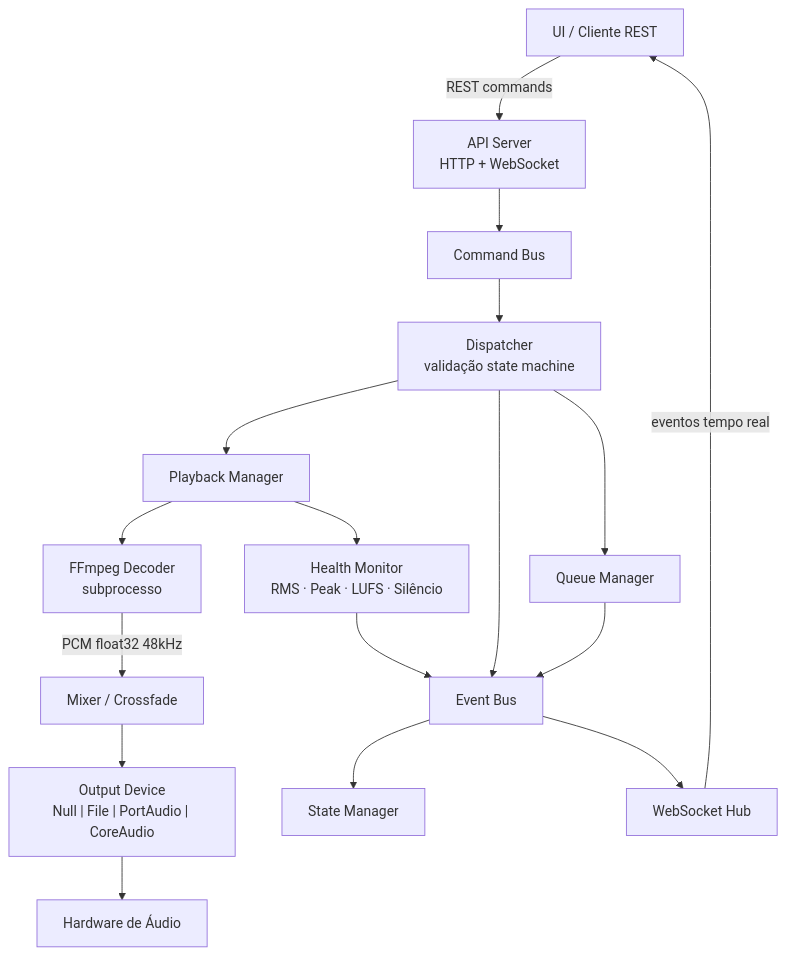
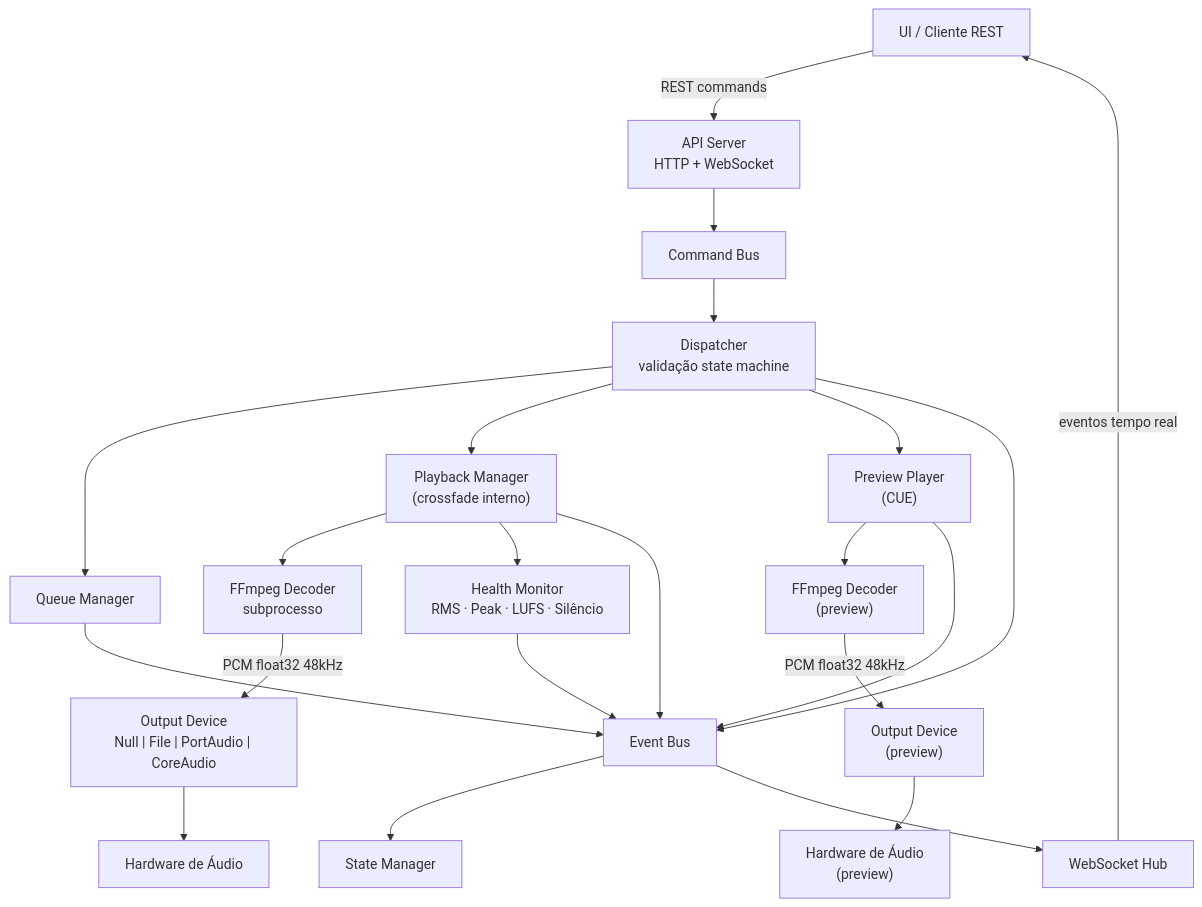
Before and after one commit to Waelson/radio-platform: the first of 2 diagrams in playout/README.md, drawn with Mermaid. The commit also changed other lines of this file, not shown here.

Commit message:
docs(playout): fix control flow diagrams
- Remove Mixer/Crossfade as separate node (crossfade is internal to PlaybackManager)
- Add PreviewPlayer (CUE) to both diagrams with its own Decoder and Output Device path
- Add missing PB → EB and PREV → EB edges
- Rename 'Áudio' subgraph to 'Áudio Principal' and add 'Áudio Preview' subgraph

````diff
--- a/playout/README.md
+++ b/playout/README.md
@@ -237,34 +237,42 @@
 ```mermaid
 graph TD
     UI["UI / Cliente REST"]
     API["API Server\nHTTP + WebSocket"]
     CB["Command Bus"]
     DISP["Dispatcher\nvalidação state machine"]
     QM["Queue Manager"]
-    PB["Playback Manager"]
+    PB["Playback Manager\n(crossfade interno)"]
     DEC["FFmpeg Decoder\nsubprocesso"]
-    MIX["Mixer / Crossfade"]
     OUT["Output Device\nNull | File | PortAudio | CoreAudio"]
     HW["Hardware de Áudio"]
+    PREV["Preview Player\n(CUE)"]
+    DEC2["FFmpeg Decoder\n(preview)"]
+    OUT2["Output Device\n(preview)"]
+    HW2["Hardware de Áudio\n(preview)"]
     HM["Health Monitor\nRMS · Peak · LUFS · Silêncio"]
     EB["Event Bus"]
     SM["State Manager"]
     WS["WebSocket Hub"]
 
     UI -->|"REST commands"| API
     API --> CB
     CB --> DISP
     DISP --> QM
     DISP --> PB
+    DISP --> PREV
     PB --> DEC
-    DEC -->|"PCM float32 48kHz"| MIX
-    MIX --> OUT
+    DEC -->|"PCM float32 48kHz"| OUT
     OUT --> HW
+    PREV --> DEC2
+    DEC2 -->|"PCM float32 48kHz"| OUT2
+    OUT2 --> HW2
     PB --> HM
     HM --> EB
     DISP --> EB
     QM --> EB
+    PB --> EB
+    PREV --> EB
     EB --> SM
     EB --> WS
     WS -->|"eventos tempo real"| UI
 ```
````
